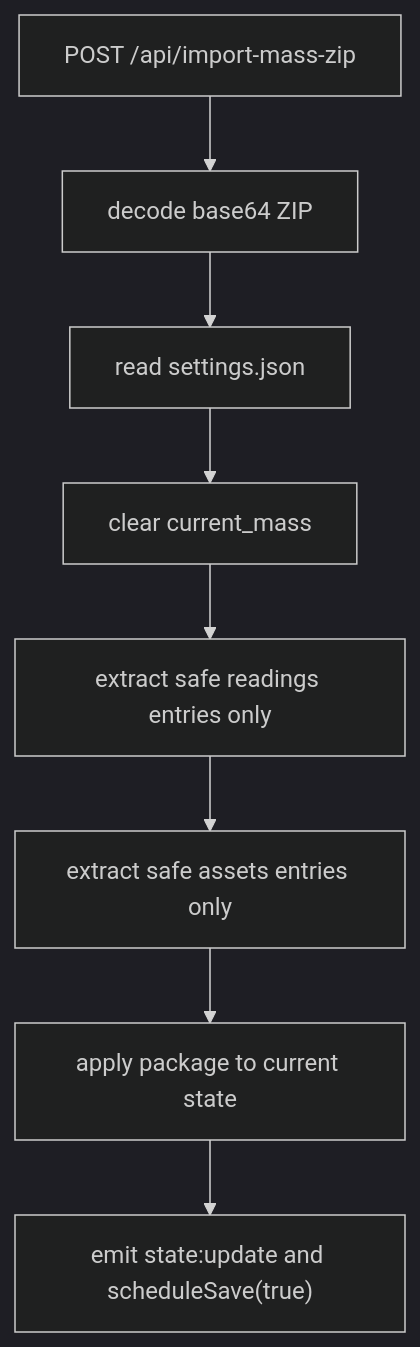
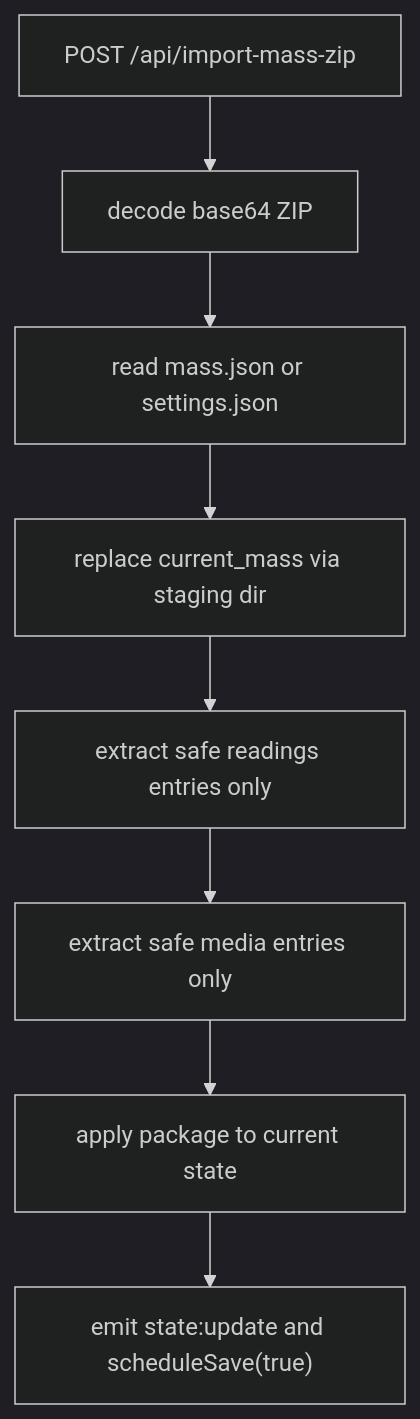
Before and after one commit to Saint-Therese-Of-Lisieux-Parish/sacra_lux: the tenth of 15 diagrams in docs/workflows.md, drawn with Mermaid (dark theme). The commit also changed other lines of this file and 17 other files, not shown here.

````diff
--- a/docs/workflows.md
+++ b/docs/workflows.md
@@ -122,10 +193,10 @@
 ```mermaid
 flowchart TD
     A["POST /api/import-mass-zip"] --> B["decode base64 ZIP"]
-    B --> C["read settings.json"]
-    C --> D["clear current_mass"]
+    B --> C["read mass.json or settings.json"]
+    C --> D["replace current_mass via staging dir"]
     D --> E["extract safe readings entries only"]
-    E --> F["extract safe assets entries only"]
+    E --> F["extract safe media entries only"]
     F --> G["apply package to current state"]
     G --> H["emit state:update and scheduleSave(true)"]
 ```
````
